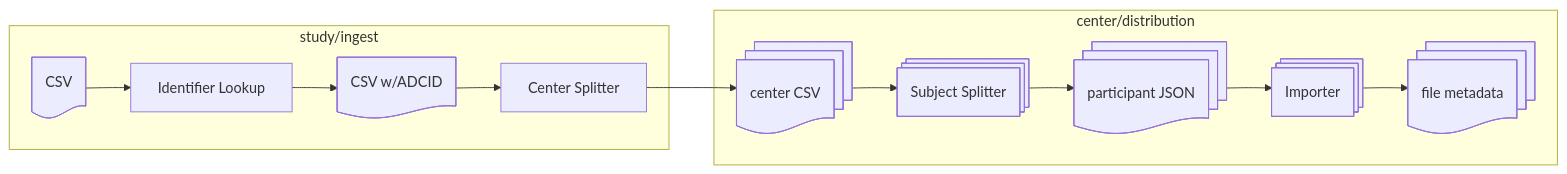
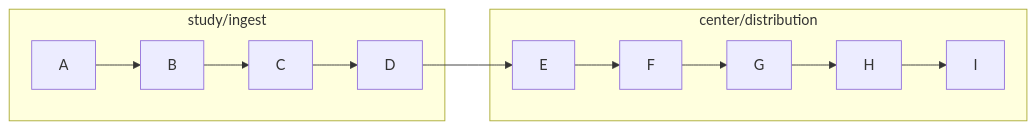
The diagram in docs/csv_center_splitter/process.md (naccdata/flywheel-gear-extensions), drawn with Mermaid before and after one commit.

Commit message:
Simplify mermaid diagram in csv_center_splitter/process.md

````diff
--- a/docs/csv_center_splitter/process.md
+++ b/docs/csv_center_splitter/process.md
@@ -13,24 +13,16 @@
 ```mermaid
 flowchart LR
-     A@{ shape: doc, label: "CSV" }
-     B@{ shape: rect, label: "Identifier Lookup" }
-     C@{ shape: doc, label: "CSV w/ADCID" }
-     D@{ shape: rect, label: "Center Splitter" }
-     E@{ shape: docs, label: "center CSV" }
-     F@{ shape: processes, label: "Subject Splitter" }
-     G@{ shape: docs, label: "participant JSON" }
-     H@{ shape: processes, label: "Importer" }
-     I@{ shape: docs, label: "file metadata" }     
+    
     subgraph study/ingest
         A --> B
         B --> C
         C --> D
     end
     subgraph center/distribution
         D --> E
         E --> F
         F --> G
         G --> H
         H --> I
     end
 ```
````
